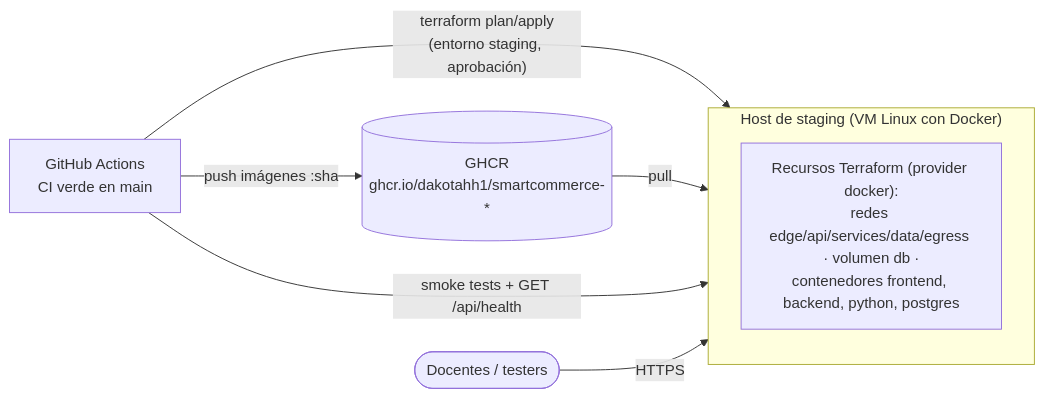
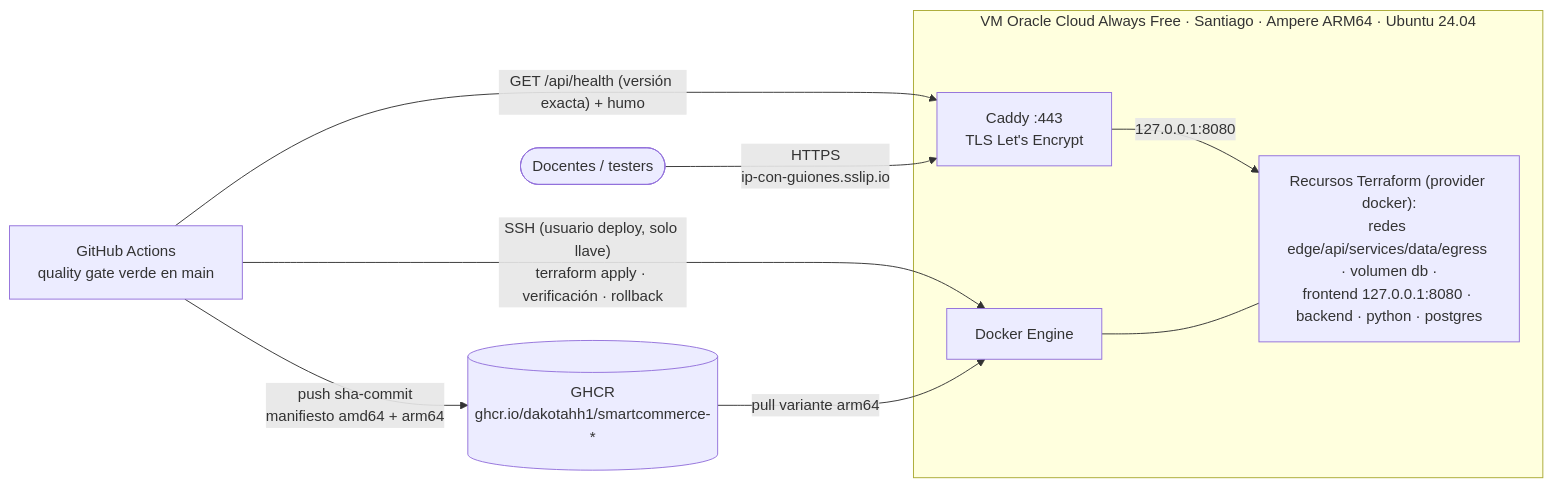
One commit to Dakotahh1/SmartCommerce changed diagram 11 of 11 in docs/02-arquitectura.md. Above: the diagram before and after it, drawn with Mermaid. The commit also changed other lines of this file, not shown here.

Commit message:
docs(arquitectura): despliegue de staging en Oracle Cloud
La sección 2.6.2 describía un host de staging genérico y preliminar. Ahora
muestra la VM real (Ampere ARM64 en Santiago), Caddy con TLS como único
punto expuesto, el despliegue por SSH con el usuario deploy, el manifiesto
multiarquitectura de GHCR y la verificación con rollback.

````diff
--- a/docs/02-arquitectura.md
+++ b/docs/02-arquitectura.md
@@ -305,11 +305,15 @@
 ```mermaid
 flowchart LR
-    gh["GitHub Actions<br/>CI verde en main"] -->|"push imágenes :sha"| ghcr[("GHCR<br/>ghcr.io/dakotahh1/smartcommerce-*")]
-    gh -->|"terraform plan/apply<br/>(entorno staging, aprobación)"| host
-    subgraph host["Host de staging (VM Linux con Docker)"]
-        tfres["Recursos Terraform (provider docker):<br/>redes edge/api/services/data/egress · volumen db ·<br/>contenedores frontend, backend, python, postgres"]
+    gh["GitHub Actions<br/>quality gate verde en main"] -->|"push sha-commit<br/>manifiesto amd64 + arm64"| ghcr[("GHCR<br/>ghcr.io/dakotahh1/smartcommerce-*")]
+    gh -->|"SSH (usuario deploy, solo llave)<br/>terraform apply · verificación · rollback"| docker
+    subgraph vm["VM Oracle Cloud Always Free · Santiago · Ampere ARM64 · Ubuntu 24.04"]
+        caddy["Caddy :443<br/>TLS Let's Encrypt"]
+        docker["Docker Engine"]
+        tfres["Recursos Terraform (provider docker):<br/>redes edge/api/services/data/egress · volumen db ·<br/>frontend 127.0.0.1:8080 · backend · python · postgres"]
+        caddy -->|"127.0.0.1:8080"| tfres
+        docker --- tfres
     end
-    ghcr -->|"pull"| host
-    gh -->|"smoke tests + GET /api/health"| host
-    users(["Docentes / testers"]) -->|"HTTPS"| host
+    ghcr -->|"pull variante arm64"| docker
+    gh -->|"GET /api/health (versión exacta) + humo"| caddy
+    users(["Docentes / testers"]) -->|"HTTPS<br/>ip-con-guiones.sslip.io"| caddy
 ```
````
